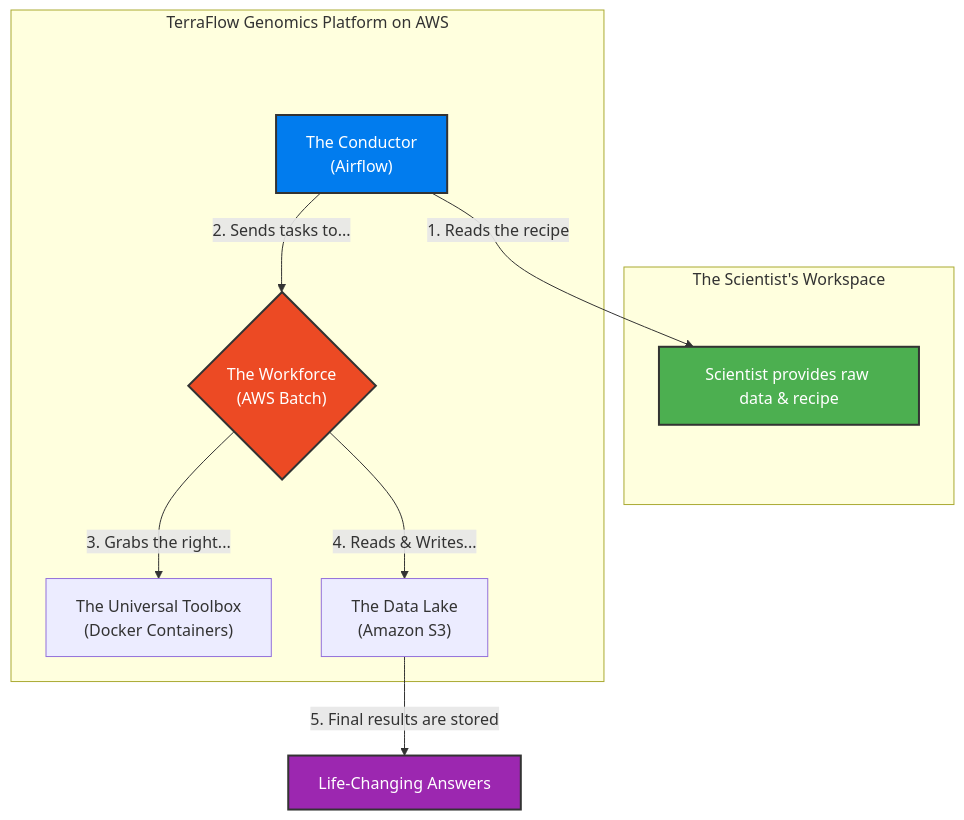
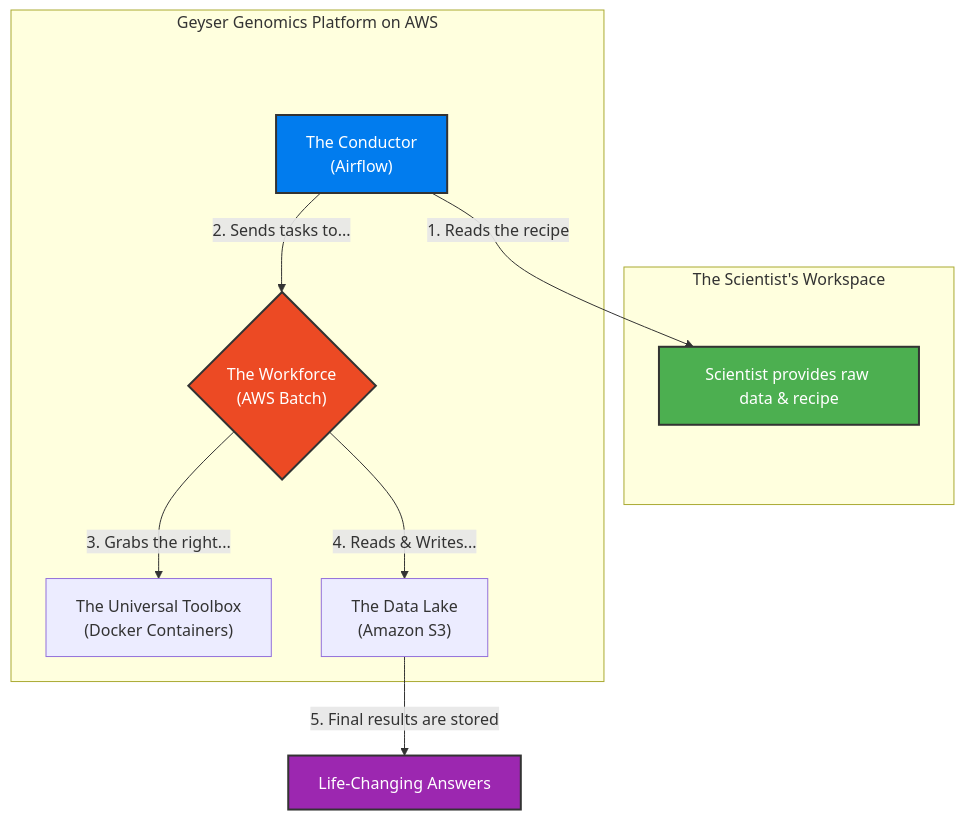
The diagram in README.md (Harry5haw/Geyser-Genomics), drawn with Mermaid before and after one commit. The commit also changed other lines of this file, not shown here.

Commit message:
Geyser Rebrand.md

````diff
--- a/README.md
+++ b/README.md
@@ -163,34 +163,34 @@
 ```mermaid
 graph TD
     subgraph "The Scientist's Workspace"
         A[Scientist provides raw data & recipe]
     end
     
-    subgraph "TerraFlow Genomics Platform on AWS"
+    subgraph "Geyser Genomics Platform on AWS"
         %% This is the invisible spacer node to add vertical padding
         spacer[ ]
 
         B["The Conductor
         (Airflow)"] -- "1. Reads the recipe" --> A
         B -- "2. Sends tasks to..." --> C{"The Workforce
         (AWS Batch)"}
         C -- "3. Grabs the right..." --> D["The Universal Toolbox
         (Docker Containers)"]
         C -- "4. Reads & Writes..." --> E["The Data Lake
         (Amazon S3)"]
 
         %% This invisible link forces the layout engine to place B below the spacer
         spacer ~~~ B
     end
     
     E -- "5. Final results are stored" --> F[Life-Changing Answers]
 
     %% Style the spacer node to be completely invisible
     style spacer fill:none,stroke:none
 
     style A fill:#4CAF50,stroke:#333,stroke-width:2px,color:#fff
     style B fill:#017CEE,stroke:#333,stroke-width:2px,color:#fff
     style C fill:#EC4A24,stroke:#333,stroke-width:2px,color:#fff
     style F fill:#9C27B0,stroke:#333,stroke-width:2px,color:#fff
 
 ```
````
